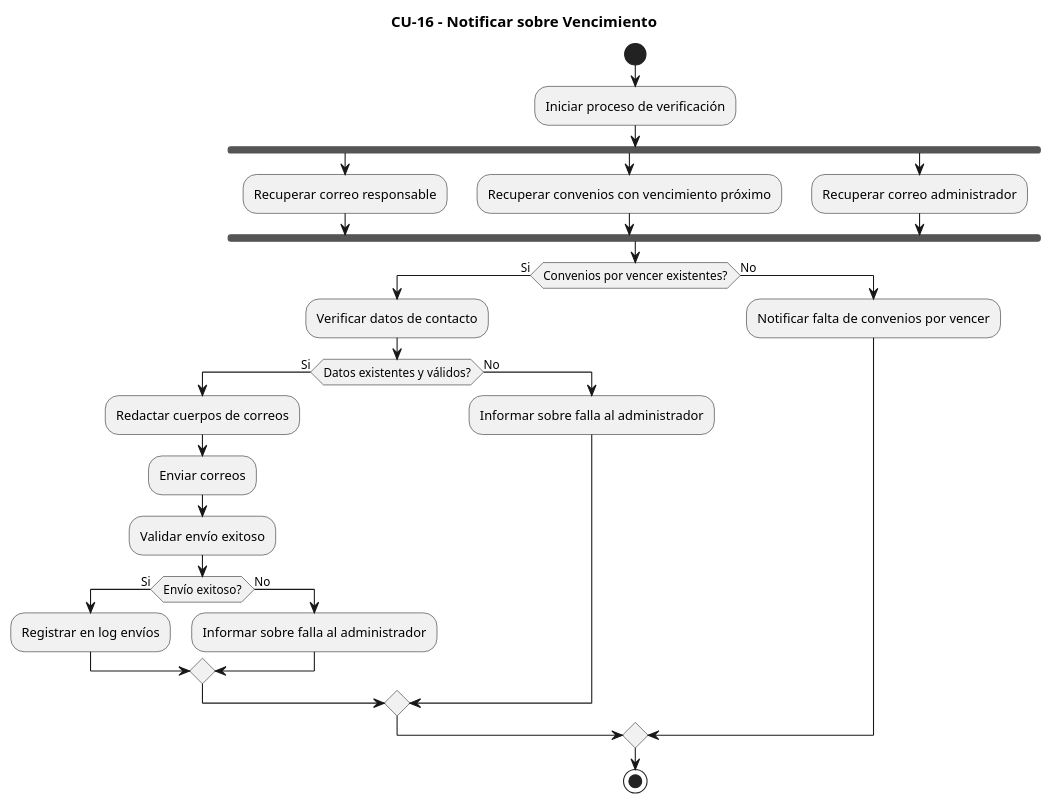
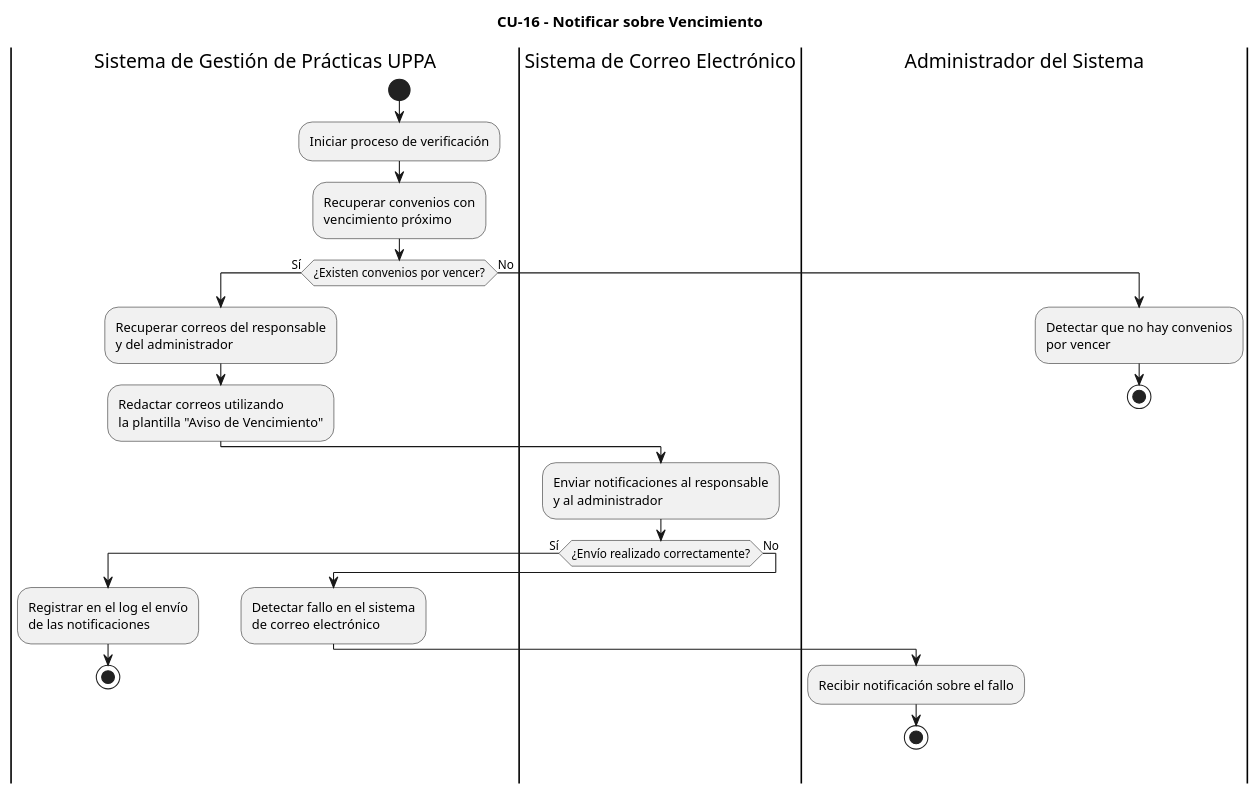
One commit to h3l333/proyecto-uppa changed the diagram in diagramas-de-actividad-puml/diagrama-actividad-cu16.puml. Above: the diagram before and after it, drawn with PlantUML. The commit also changed 15 other files, not shown here.

Commit message:
Enmienda diagramas de actividad

```diff
--- a/diagramas-de-actividad-puml/diagrama-actividad-cu16.puml
+++ b/diagramas-de-actividad-puml/diagrama-actividad-cu16.puml
@@ -1,34 +1,50 @@
-@startuml Diagrama_Actividad_CU16
+@startuml
 title CU-16 - Notificar sobre Vencimiento
 
-|Sistema|
+|Sistema de Gestión de Prácticas UPPA|
 start
+
 :Iniciar proceso de verificación;
-fork
-  :Recuperar correo responsable;
-fork again
-  :Recuperar convenios con vencimiento próximo;
-fork again
-  :Recuperar correo administrador;
-end fork
 
-if (Convenios por vencer existentes?) then (Si)
-  :Verificar datos de contacto;
-  if (Datos existentes y válidos?) then (Si)
-    :Redactar cuerpos de correos;
-    :Enviar correos;
-    :Validar envío exitoso;
-    if (Envío exitoso?) then (Si)
-      :Registrar en log envíos;
-    else (No)
-      :Informar sobre falla al administrador;
-    endif
+:Recuperar convenios con
+vencimiento próximo;
+
+if (¿Existen convenios por vencer?) then (Sí)
+
+  :Recuperar correos del responsable
+  y del administrador;
+
+  :Redactar correos utilizando
+  la plantilla "Aviso de Vencimiento";
+
+  |Sistema de Correo Electrónico|
+  :Enviar notificaciones al responsable
+  y al administrador;
+
+  if (¿Envío realizado correctamente?) then (Sí)
+
+    |Sistema de Gestión de Prácticas UPPA|
+    :Registrar en el log el envío
+    de las notificaciones;
+
+    stop
+
   else (No)
-    :Informar sobre falla al administrador;
+
+    |Sistema de Gestión de Prácticas UPPA|
+    :Detectar fallo en el sistema
+    de correo electrónico;
+
+    |Administrador del Sistema|
+    :Recibir notificación sobre el fallo;
+
+    stop
   endif
+
 else (No)
-  :Notificar falta de convenios por vencer;
+  :Detectar que no hay convenios
+  por vencer;
+  stop
 endif
-stop
 
 @enduml
```
